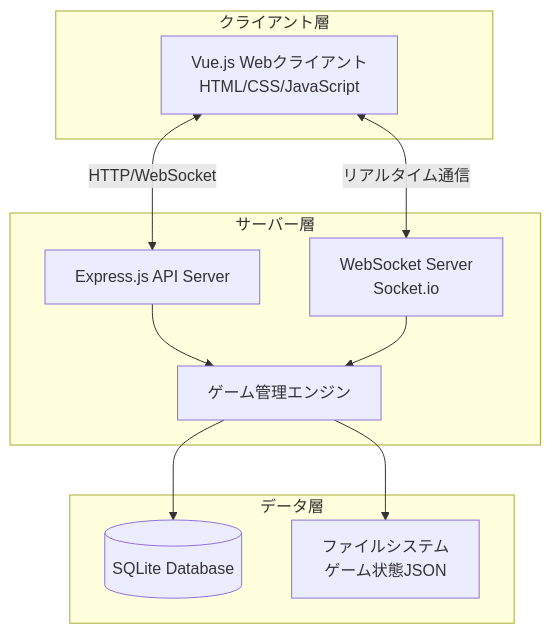
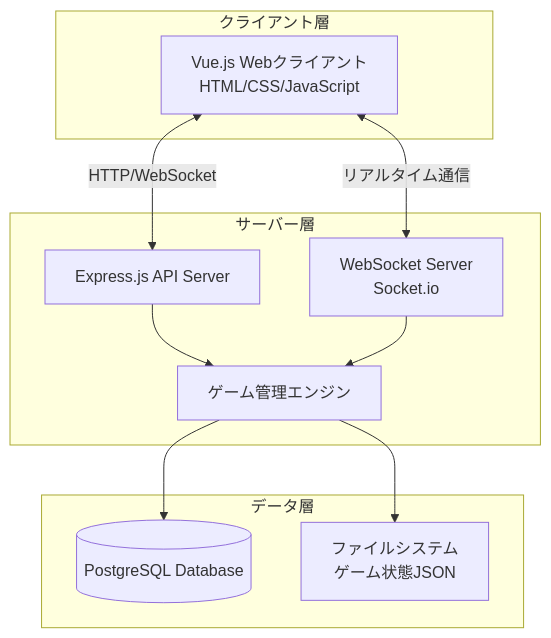
One commit to yusei88/tm-score-tool changed the diagram in docs/design.md. Above: the diagram before and after it, drawn with Mermaid. The commit also changed other lines of this file and 2 other files, not shown here.

Commit message:
docs: unify persistence references to PostgreSQL (README, docs/design, constitution)

````diff
--- a/docs/design.md
+++ b/docs/design.md
@@ -11,24 +11,24 @@
 ```mermaid
 graph TB
     subgraph "クライアント層"
         WC[Vue.js Webクライアント<br/>HTML/CSS/JavaScript]
     end
 
     subgraph "サーバー層"
         API[Express.js API Server]
         WS[WebSocket Server<br/>Socket.io]
         GM[ゲーム管理エンジン]
     end
 
     subgraph "データ層"
-        DB[(SQLite Database)]
+      DB[(PostgreSQL Database)]
         FS[ファイルシステム<br/>ゲーム状態JSON]
     end
 
     WC <-->|HTTP/WebSocket| API
     WC <-->|リアルタイム通信| WS
     API --> GM
     WS --> GM
     GM --> DB
     GM --> FS
 ```
````
